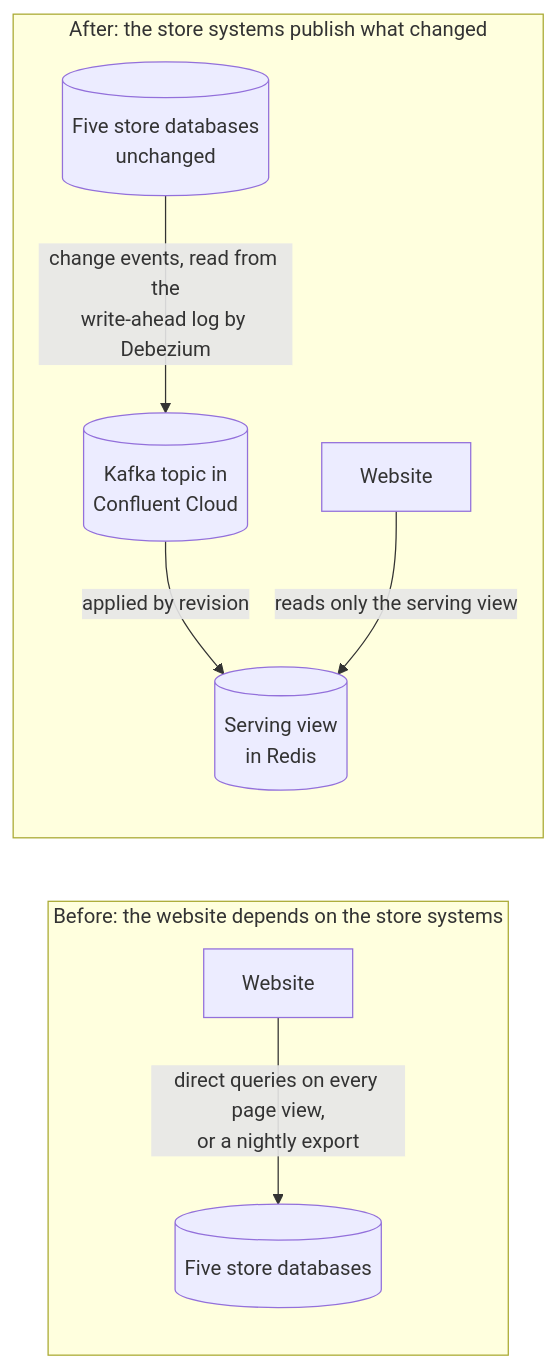
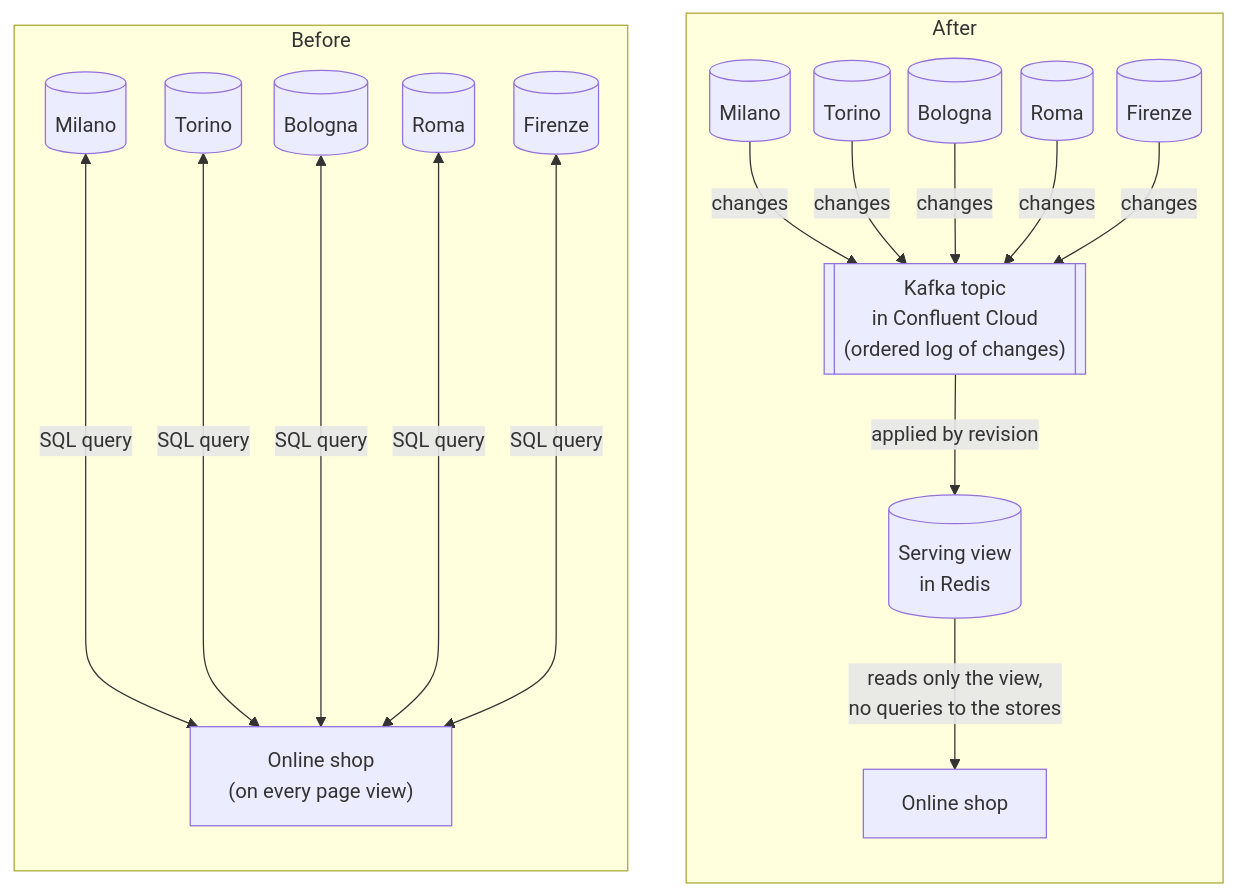
The first of 3 diagrams in workshop/README.md (gianlucanatali/observable-inventory-streaming), drawn with Mermaid before and after one commit. The commit also changed other lines of this file and 381 other files, not shown here.

````diff
--- a/workshop/README.md
+++ b/workshop/README.md
@@ -114,11 +91,25 @@
 ```mermaid
+%%{init: {"flowchart": {"nodeSpacing": 14, "rankSpacing": 46}}}%%
 flowchart LR
-  subgraph BEFORE["Before: the website depends on the store systems"]
-    web1["Website"] -->|"direct queries on every page view,<br/>or a nightly export"| db1[("Five store databases")]
+  subgraph BEFORE["Before"]
+    direction TB
+    b1[("Milano")]
+    b2[("Torino")]
+    b3[("Bologna")]
+    b4[("Roma")]
+    b5[("Firenze")]
+    b1 & b2 & b3 & b4 & b5 <------->|"SQL query"| web1["Online shop<br/>(on every page view)"]
   end
-  subgraph AFTER["After: the store systems publish what changed"]
-    db2[("Five store databases<br/>unchanged")] -->|"change events, read from the<br/>write-ahead log by Debezium"| k[("Kafka topic in<br/>Confluent Cloud")]
+  subgraph AFTER["After"]
+    direction TB
+    a1[("Milano")]
+    a2[("Torino")]
+    a3[("Bologna")]
+    a4[("Roma")]
+    a5[("Firenze")]
+    a1 & a2 & a3 & a4 & a5 -->|"changes"| k[["Kafka topic<br/>in Confluent Cloud<br/>(ordered log of changes)"]]
     k -->|"applied by revision"| view[("Serving view<br/>in Redis")]
-    web2["Website"] -->|"reads only the serving view"| view
+    view -->|"reads only the view,<br/>no queries to the stores"| web2["Online shop"]
   end
+  BEFORE ~~~ AFTER
 ```
````
